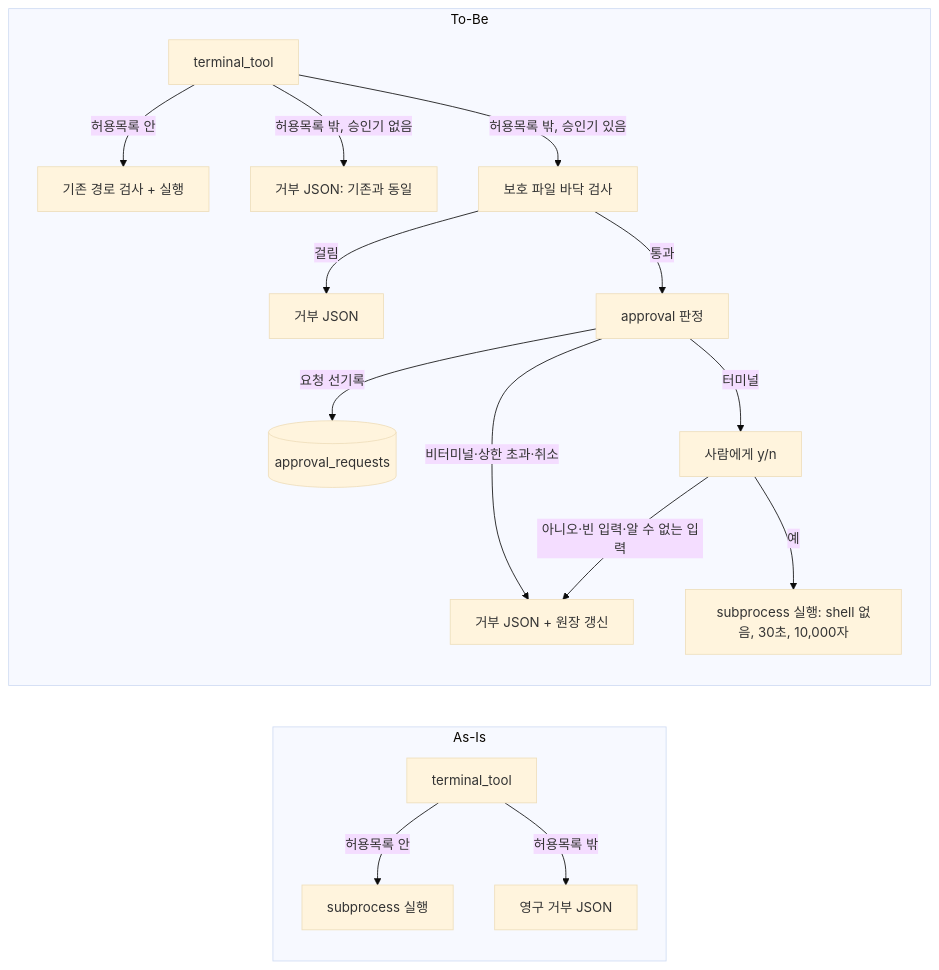
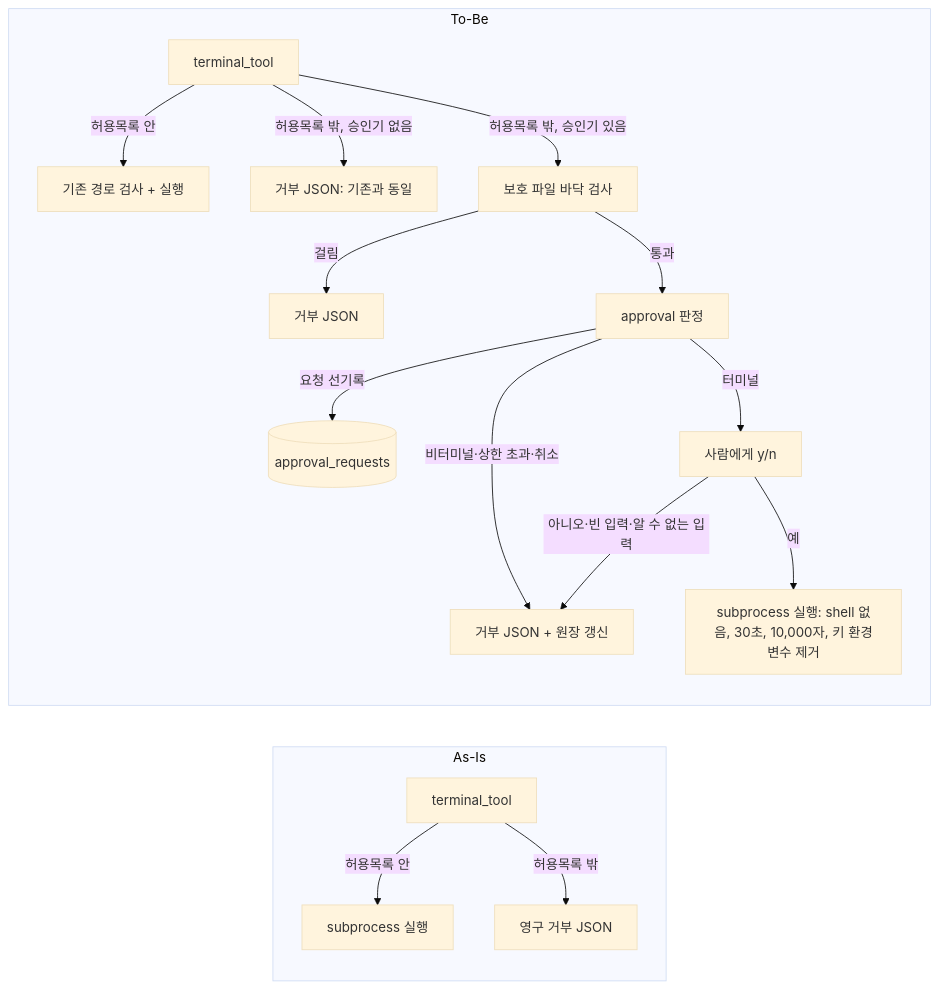
One commit to RadiantCitron/hermes-agent-study changed the first of 2 diagrams in docs/로드맵/10-승인-흐름-MVP/ROADMAP.md. Above: the diagram before and after it, drawn with Mermaid (base theme). The commit also changed other lines of this file, not shown here.

First line of the commit message:
docs(roadmap): R10-PLAN - 설계도·대시보드·계획 메모에 키 환경변수 차단과 명시 주입 반영

````diff
--- a/docs/로드맵/10-승인-흐름-MVP/ROADMAP.md
+++ b/docs/로드맵/10-승인-흐름-MVP/ROADMAP.md
@@ -44,19 +44,19 @@
 ```mermaid
 flowchart LR
   subgraph AsIs[As-Is]
     A1[terminal_tool] -->|허용목록 안| A2[subprocess 실행]
     A1 -->|허용목록 밖| A3[영구 거부 JSON]
   end
   subgraph ToBe[To-Be]
     B1[terminal_tool] -->|허용목록 안| B2[기존 경로 검사 + 실행]
     B1 -->|허용목록 밖, 승인기 없음| B3[거부 JSON: 기존과 동일]
     B1 -->|허용목록 밖, 승인기 있음| B4[보호 파일 바닥 검사]
     B4 -->|걸림| B3b[거부 JSON]
     B4 -->|통과| B5[approval 판정]
     B5 -->|요청 선기록| B6[(approval_requests)]
     B5 -->|터미널| B7[사람에게 y/n]
     B5 -->|비터미널·상한 초과·취소| B8[거부 JSON + 원장 갱신]
-    B7 -->|예| B9[subprocess 실행: shell 없음, 30초, 10,000자]
+    B7 -->|예| B9[subprocess 실행: shell 없음, 30초, 10,000자, 키 환경변수 제거]
     B7 -->|아니오·빈 입력·알 수 없는 입력| B8
   end
 ```
````
